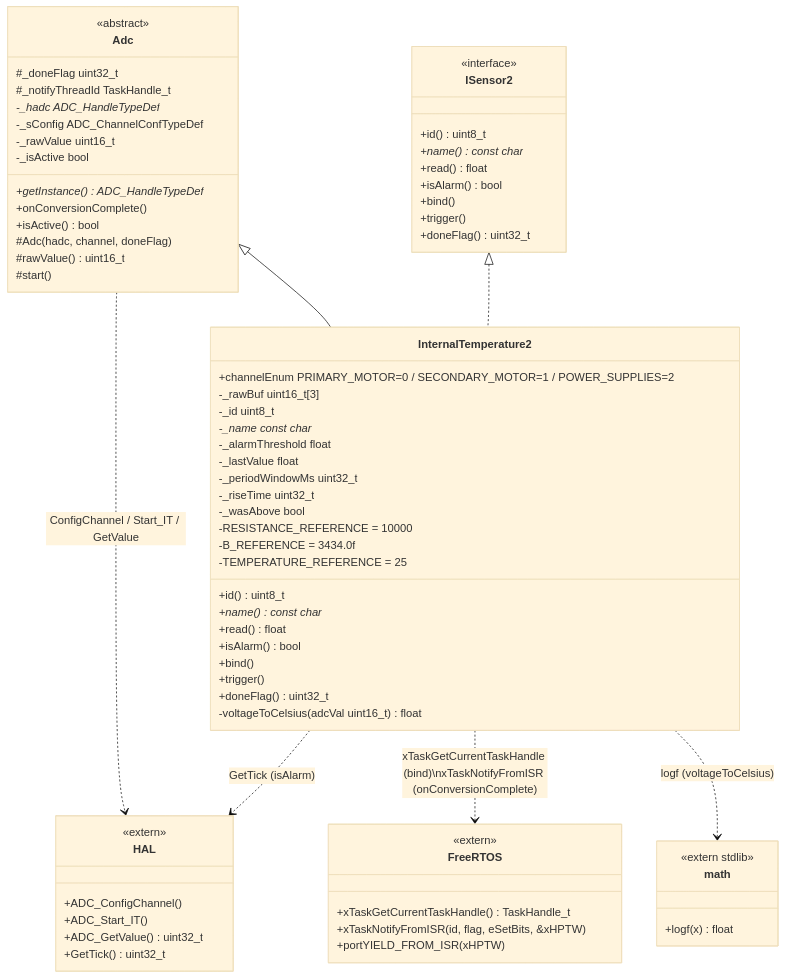
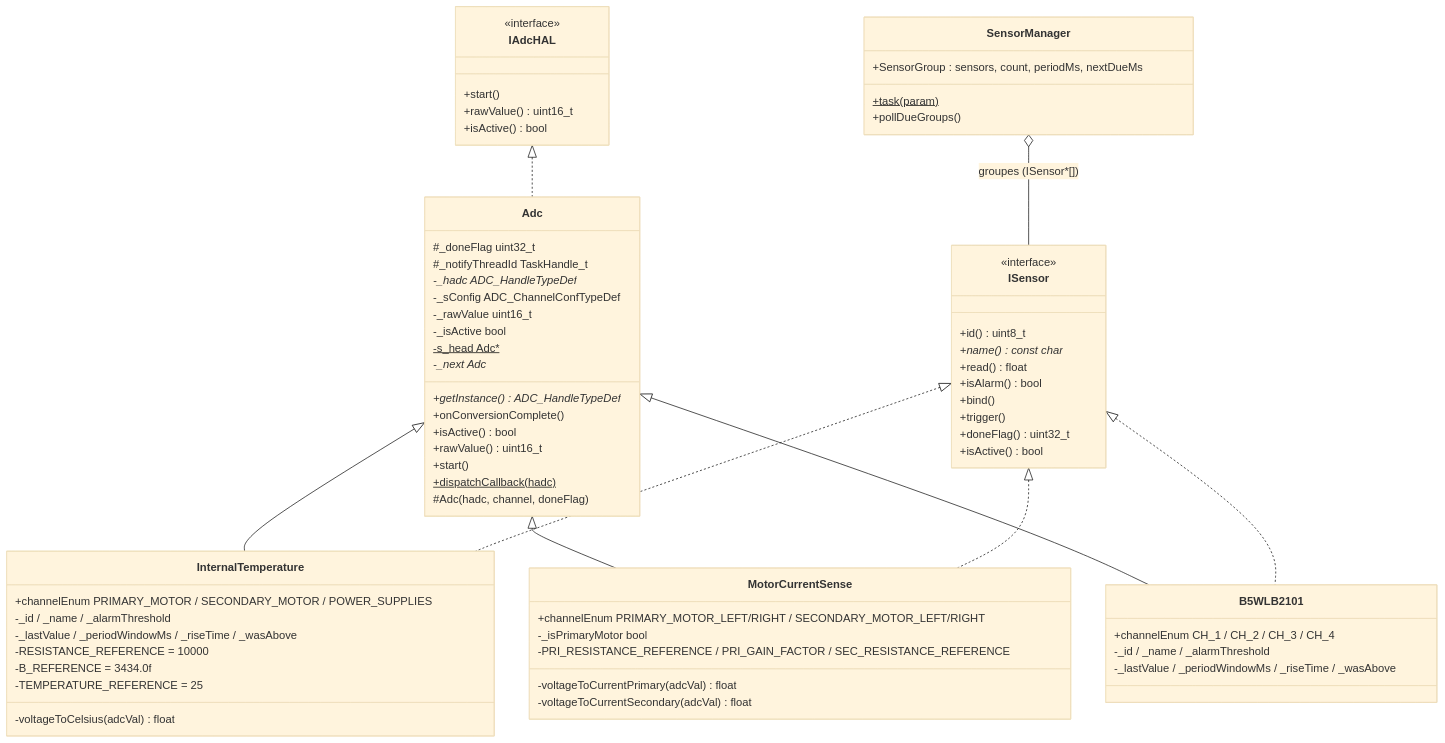
Before and after one commit to Soupalognon/Wall-A-Software: the first of 3 diagrams in architecture_sensors2.md, drawn with Mermaid (base theme). The commit also changed other lines of this file and 10 other files, not shown here.

Commit message:
Complete refactor Adc system

````diff
--- a/architecture_sensors2.md
+++ b/architecture_sensors2.md
@@ -5,7 +14,7 @@
     direction TB
 
     %% ── Interfaces ──────────────────────────────────────────────────────────
-    class ISensor2 {
+    class ISensor {
         <<interface>>
         +id() uint8_t
         +name() const char*
@@ -14,75 +23,74 @@
         +bind()
         +trigger()
         +doneFlag() uint32_t
+        +isActive() bool
     }
 
-    %% ── Driver Adc (base class) ─────────────────────────────────────────────
+    class IAdcHAL {
+        <<interface>>
+        +start()
+        +rawValue() uint16_t
+        +isActive() bool
+    }
+
+    %% ── Driver Adc (base commune) ───────────────────────────────────────────
     class Adc {
-        <<abstract>>
         #_doneFlag uint32_t
         #_notifyThreadId TaskHandle_t
         -_hadc ADC_HandleTypeDef*
         -_sConfig ADC_ChannelConfTypeDef
         -_rawValue uint16_t
         -_isActive bool
+        -s_head Adc*$
+        -_next Adc*
         +getInstance() ADC_HandleTypeDef*
         +onConversionComplete()
         +isActive() bool
+        +rawValue() uint16_t
+        +start()
+        +dispatchCallback(hadc)$
         #Adc(hadc, channel, doneFlag)
-        #rawValue() uint16_t
-        #start()
     }
 
-    %% ── InternalTemperature2 ────────────────────────────────────────────────
-    class InternalTemperature2 {
-        +channelEnum PRIMARY_MOTOR=0 / SECONDARY_MOTOR=1 / POWER_SUPPLIES=2
-        -_rawBuf uint16_t[3]
-        -_id uint8_t
-        -_name const char*
-        -_alarmThreshold float
-        -_lastValue float
-        -_periodWindowMs uint32_t
-        -_riseTime uint32_t
-        -_wasAbove bool
+    IAdcHAL <|.. Adc
+
+    %% ── Capteurs concrets ───────────────────────────────────────────────────
+    class InternalTemperature {
+        +channelEnum PRIMARY_MOTOR / SECONDARY_MOTOR / POWER_SUPPLIES
+        -_id / _name / _alarmThreshold
+        -_lastValue / _periodWindowMs / _riseTime / _wasAbove
         -RESISTANCE_REFERENCE = 10000
         -B_REFERENCE = 3434.0f
         -TEMPERATURE_REFERENCE = 25
-        +id() uint8_t
-        +name() const char*
-        +read() float
-        +isAlarm() bool
-        +bind()
-        +trigger()
-        +doneFlag() uint32_t
-        -voltageToCelsius(adcVal uint16_t) float
+        -voltageToCelsius(adcVal) float
     }
 
-    Adc       <|-- InternalTemperature2
-    ISensor2  <|.. InternalTemperature2
-
-    %% ── Dépendances externes ─────────────────────────────────────────────────
-    class HAL {
-        <<extern>>
-        +ADC_ConfigChannel()
-        +ADC_Start_IT()
-        +ADC_GetValue() uint32_t
-        +GetTick() uint32_t
+    class MotorCurrentSense {
+        +channelEnum PRIMARY_MOTOR_LEFT/RIGHT / SECONDARY_MOTOR_LEFT/RIGHT
+        -_isPrimaryMotor bool
+        -PRI_RESISTANCE_REFERENCE / PRI_GAIN_FACTOR / SEC_RESISTANCE_REFERENCE
+        -voltageToCurrentPrimary(adcVal) float
+        -voltageToCurrentSecondary(adcVal) float
     }
 
-    class FreeRTOS {
-        <<extern>>
-        +xTaskGetCurrentTaskHandle() TaskHandle_t
-        +xTaskNotifyFromISR(id, flag, eSetBits, &xHPTW)
-        +portYIELD_FROM_ISR(xHPTW)
+    class B5WLB2101 {
+        +channelEnum CH_1 / CH_2 / CH_3 / CH_4
+        -_id / _name / _alarmThreshold
+        -_lastValue / _periodWindowMs / _riseTime / _wasAbove
     }
 
-    class math {
-        <<extern stdlib>>
-        +logf(x) float
+    Adc      <|-- InternalTemperature
+    ISensor  <|.. InternalTemperature
+    Adc      <|-- MotorCurrentSense
+    ISensor  <|.. MotorCurrentSense
+    Adc      <|-- B5WLB2101
+    ISensor  <|.. B5WLB2101
+
+    %% ── Orchestration ───────────────────────────────────────────────────────
+    class SensorManager {
+        +SensorGroup : sensors, count, periodMs, nextDueMs
+        +task(param)$
+        +pollDueGroups()
     }
-
-    Adc               ..> HAL      : ConfigChannel / Start_IT / GetValue
-    InternalTemperature2 ..> HAL   : GetTick (isAlarm)
-    InternalTemperature2 ..> FreeRTOS : xTaskGetCurrentTaskHandle (bind)\nxTaskNotifyFromISR (onConversionComplete)
-    InternalTemperature2 ..> math  : logf (voltageToCelsius)
+    SensorManager o-- ISensor : groupes (ISensor*[])
 ```
````
